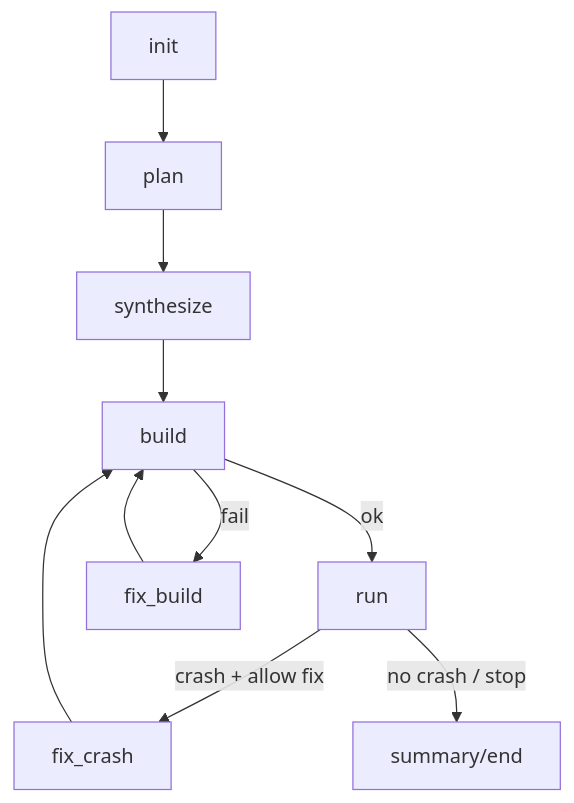
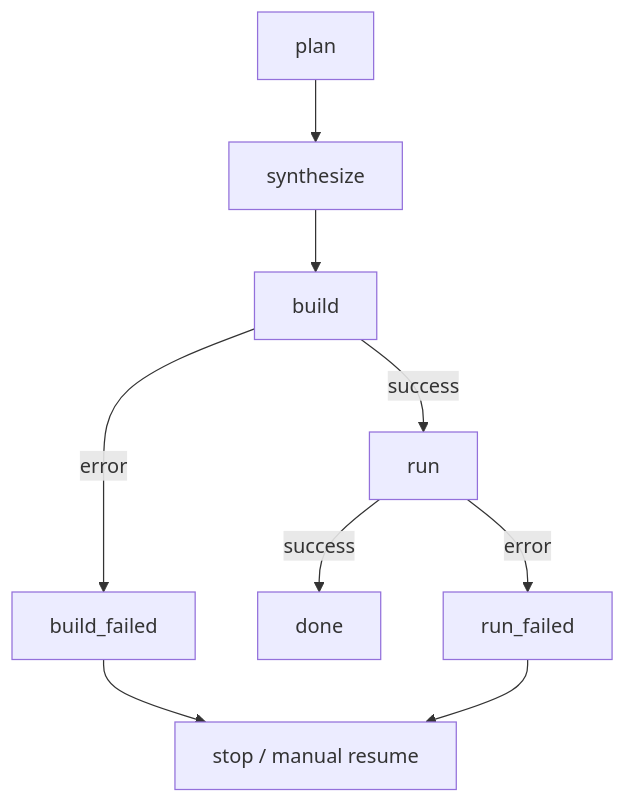
One commit to ZUENS2020/Sherpa changed the third of 4 diagrams in README.md. Above: the diagram before and after it, drawn with Mermaid. The commit also changed other lines of this file, not shown here.

````diff
--- a/README.md
+++ b/README.md
@@ -72,12 +73,11 @@
 ```mermaid
 flowchart TD
-  I["init"] --> P["plan"]
-  P --> S["synthesize"]
+  P["plan"] --> S["synthesize"]
   S --> B["build"]
-  B -->|"ok"| R["run"]
-  B -->|"fail"| FB["fix_build"]
-  FB --> B
-  R -->|"crash + allow fix"| FC["fix_crash"]
-  FC --> B
-  R -->|"no crash / stop"| E["summary/end"]
+  B -->|"success"| R["run"]
+  B -->|"error"| BF["build_failed"]
+  R -->|"success"| DONE["done"]
+  R -->|"error"| RF["run_failed"]
+  BF --> STOP["stop / manual resume"]
+  RF --> STOP
 ```
````
